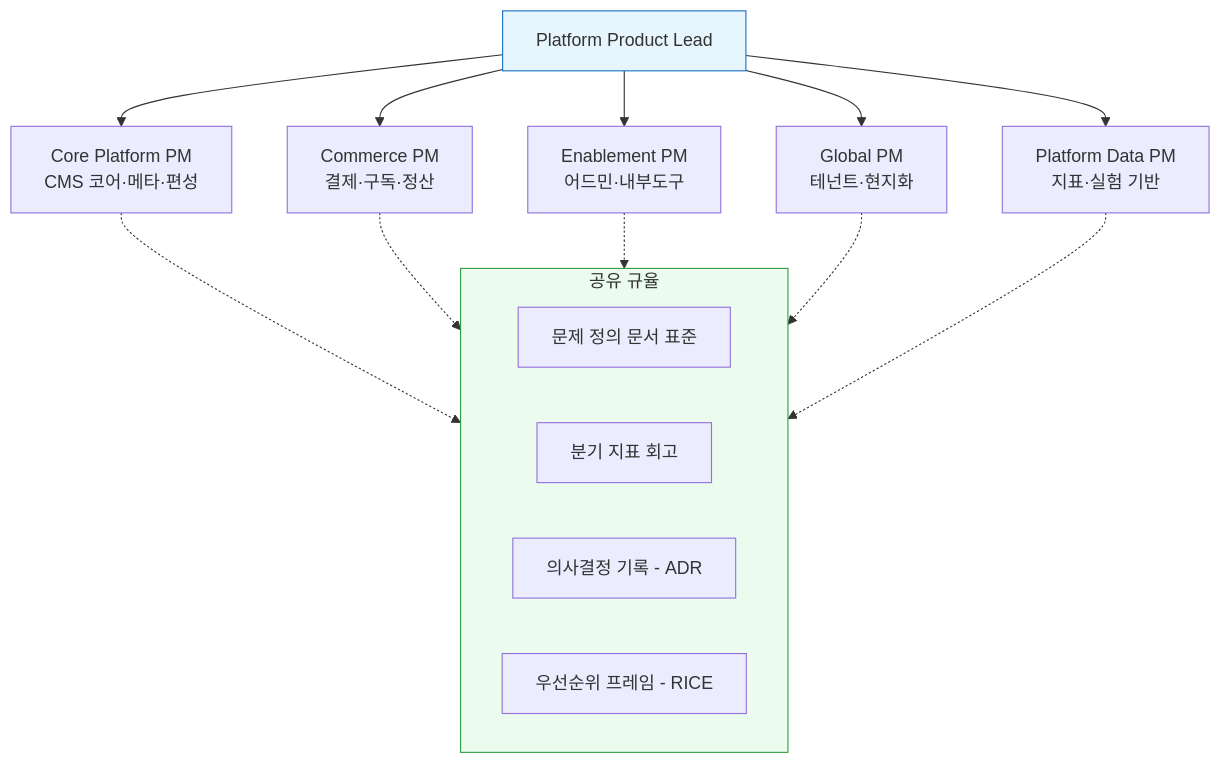
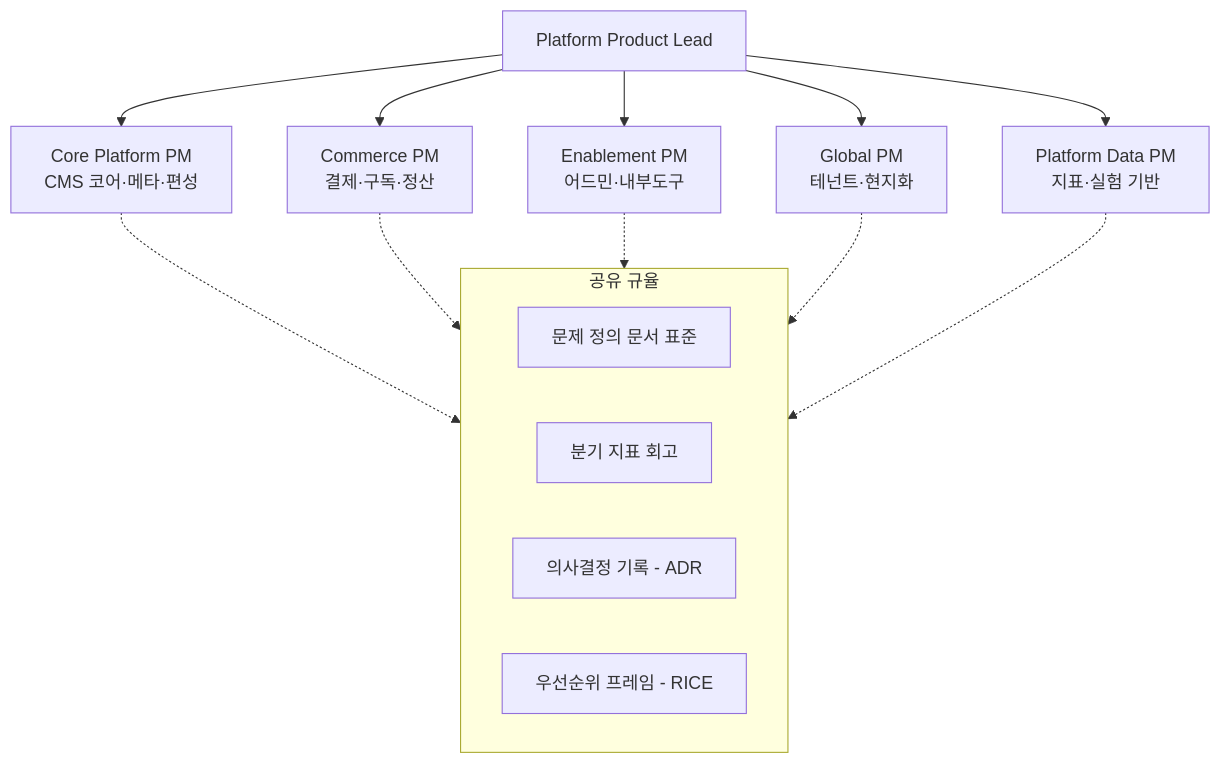
One commit to withwooyong/withwooyong.github.io changed diagram 17 of 17 in pages/product-lead-loadmap/04_거버넌스_글로벌.md. Above: the diagram before and after it, drawn with Mermaid. The commit also changed other lines of this file and 16 other files, not shown here.

````diff
--- a/pages/product-lead-loadmap/04_거버넌스_글로벌.md
+++ b/pages/product-lead-loadmap/04_거버넌스_글로벌.md
@@ -903,26 +939,23 @@
 ```mermaid
-flowchart TB
+flowchart TD
     LEAD["Platform Product Lead"]
 
     LEAD --> R1["Core Platform PM<br/>CMS 코어·메타·편성"]
     LEAD --> R2["Commerce PM<br/>결제·구독·정산"]
     LEAD --> R3["Enablement PM<br/>어드민·내부도구"]
     LEAD --> R4["Global PM<br/>테넌트·현지화"]
     LEAD --> R5["Platform Data PM<br/>지표·실험 기반"]
 
     subgraph SHARED["공유 규율"]
         S1["문제 정의 문서 표준"]
         S2["분기 지표 회고"]
         S3["의사결정 기록 - ADR"]
         S4["우선순위 프레임 - RICE"]
     end
 
     R1 -.-> SHARED
     R2 -.-> SHARED
     R3 -.-> SHARED
     R4 -.-> SHARED
     R5 -.-> SHARED
-
-    style LEAD fill:#e7f5ff,stroke:#1971c2
-    style SHARED fill:#ebfbee,stroke:#2f9e44
 ```
````
